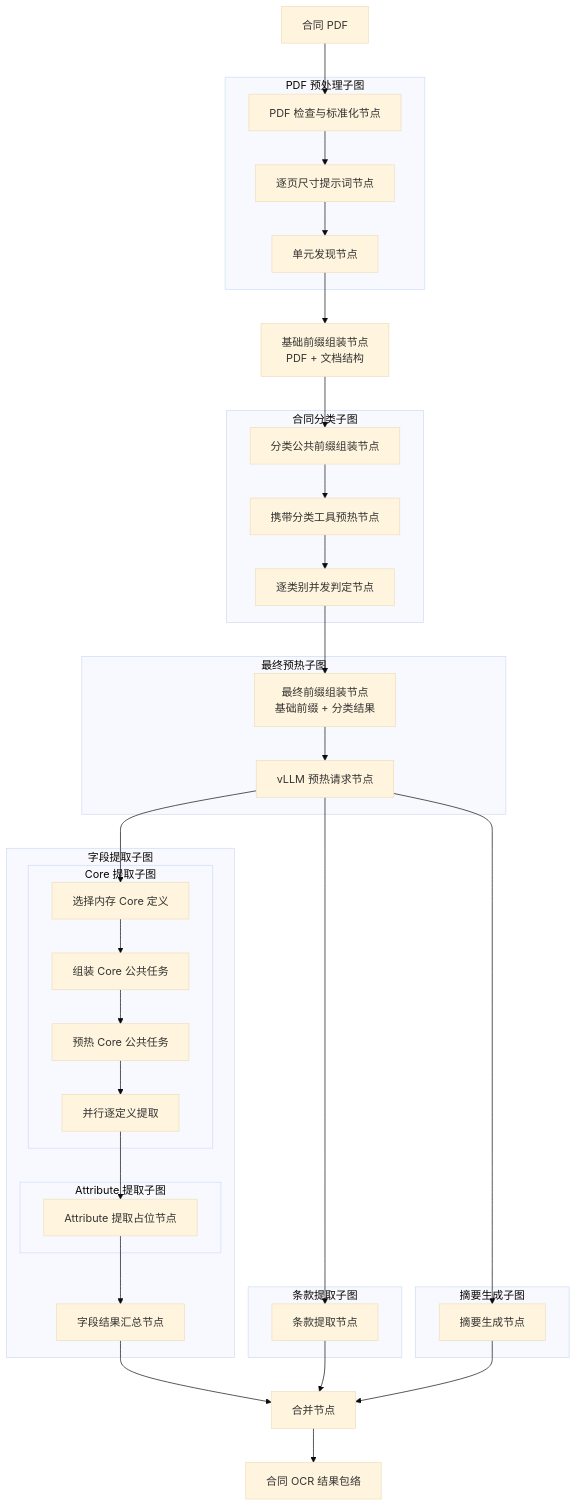
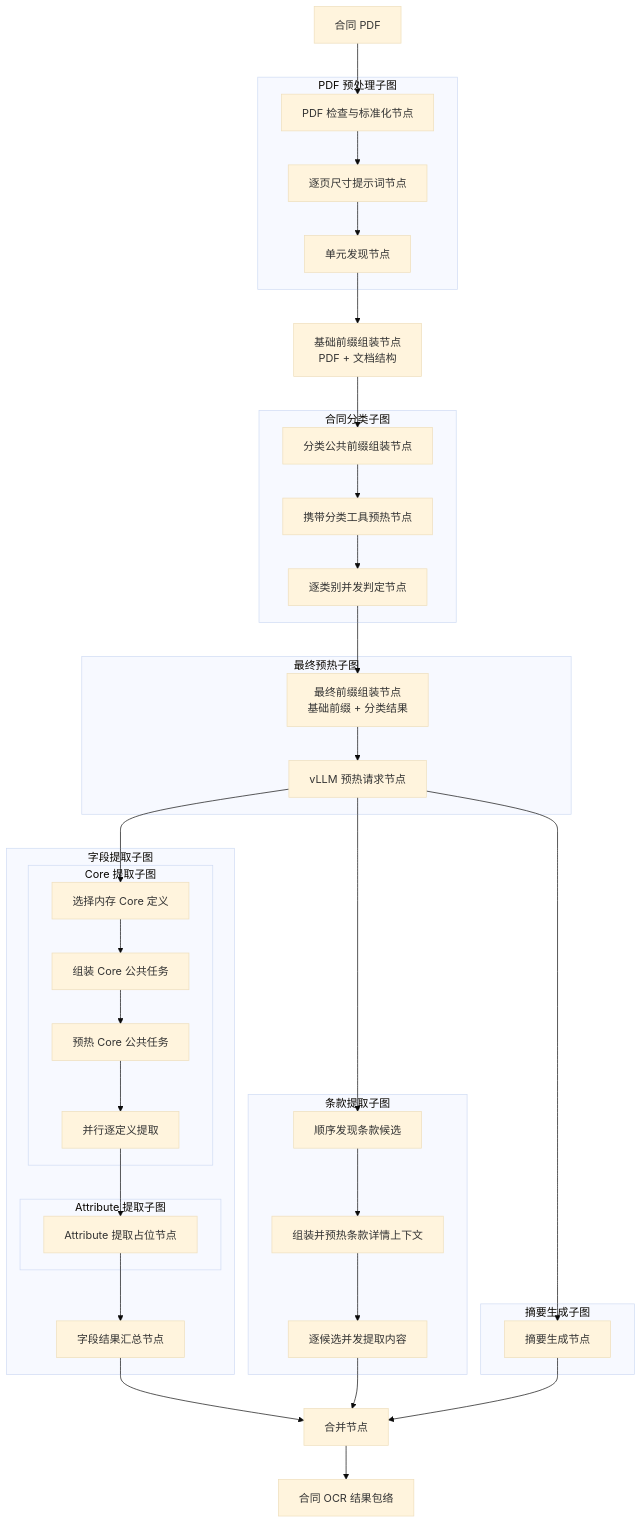
Before and after one commit to caicai-6666/contract-service-be: the diagram in description/architecture/contract-extraction-agent-workflow.md, drawn with Mermaid (base theme). The commit also changed other lines of this file and 45 other files, not shown here.

````diff
--- a/description/architecture/contract-extraction-agent-workflow.md
+++ b/description/architecture/contract-extraction-agent-workflow.md
@@ -9,60 +9,63 @@
 ```mermaid
 flowchart TD
     input["合同 PDF"]
 
     subgraph preprocessing_subgraph["PDF 预处理子图"]
         prepare_pdf["PDF 检查与标准化节点"]
         build_prompt["逐页尺寸提示词节点"]
         discover_units["单元发现节点"]
         prepare_pdf --> build_prompt --> discover_units
     end
 
     assemble_base["基础前缀组装节点<br/>PDF + 文档结构"]
 
     subgraph classification_subgraph["合同分类子图"]
         assemble_classification["分类公共前缀组装节点"]
         prefill_classification["携带分类工具预热节点"]
         classify["逐类别并发判定节点"]
         assemble_classification --> prefill_classification --> classify
     end
 
     subgraph preheat_subgraph["最终预热子图"]
         assemble_prefill["最终前缀组装节点<br/>基础前缀 + 分类结果"]
         request_prefill["vLLM 预热请求节点"]
         assemble_prefill --> request_prefill
     end
 
     subgraph field_subgraph["字段提取子图"]
         subgraph core_subgraph["Core 提取子图"]
             select_core["选择内存 Core 定义"]
             assemble_core["组装 Core 公共任务"]
             prefill_core["预热 Core 公共任务"]
             core_node["并行逐定义提取"]
             select_core --> assemble_core --> prefill_core --> core_node
         end
         subgraph attribute_subgraph["Attribute 提取子图"]
             attribute_node["Attribute 提取占位节点"]
         end
         core_node --> attribute_node --> field_merge["字段结果汇总节点"]
     end
 
     subgraph clause_subgraph["条款提取子图"]
-        clause_node["条款提取节点"]
+        discover_clause["顺序发现条款候选"]
+        preheat_clause["组装并预热条款详情上下文"]
+        extract_clause["逐候选并发提取内容"]
+        discover_clause --> preheat_clause --> extract_clause
     end
 
     subgraph summary_subgraph["摘要生成子图"]
         summary_node["摘要生成节点"]
     end
 
     input --> prepare_pdf
     discover_units --> assemble_base --> assemble_classification
     classify --> assemble_prefill
     request_prefill --> select_core
-    request_prefill --> clause_node
+    request_prefill --> discover_clause
     request_prefill --> summary_node
 
     field_merge --> merge["合并节点"]
-    clause_node --> merge
+    extract_clause --> merge
     summary_node --> merge
     merge --> result["合同 OCR 结果包络"]
 ```
````
